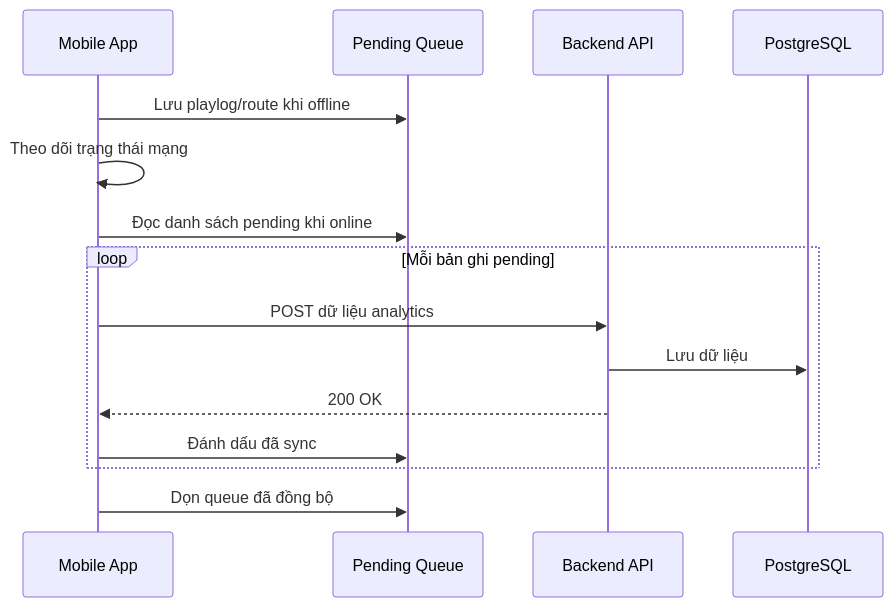
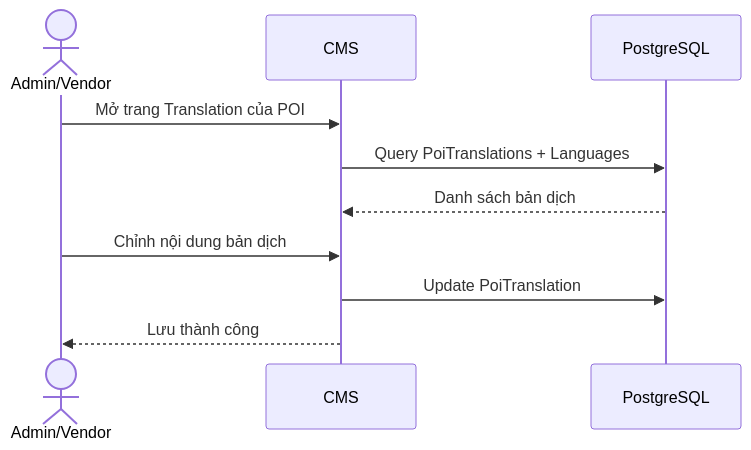
One commit to EricHoang28092k5/SmartTour changed the ninth of 41 diagrams in PRD_SmartTour.md. Above: the diagram before and after it, drawn with Mermaid. The commit also changed other lines of this file, not shown here.

````diff
--- a/PRD_SmartTour.md
+++ b/PRD_SmartTour.md
@@ -645,18 +582,12 @@
 ```mermaid
 sequenceDiagram
-    participant APP as Mobile App
-    participant Q as Pending Queue
-    participant API as Backend API
+    actor U as Admin/Vendor
+    participant CMS as CMS
     participant DB as PostgreSQL
-
-    APP->>Q: Lưu playlog/route khi offline
-    APP->>APP: Theo dõi trạng thái mạng
-    APP->>Q: Đọc danh sách pending khi online
-    loop Mỗi bản ghi pending
-        APP->>API: POST dữ liệu analytics
-        API->>DB: Lưu dữ liệu
-        API-->>APP: 200 OK
-        APP->>Q: Đánh dấu đã sync
-    end
-    APP->>Q: Dọn queue đã đồng bộ
+    U->>CMS: Mở trang Translation của POI
+    CMS->>DB: Query PoiTranslations + Languages
+    DB-->>CMS: Danh sách bản dịch
+    U->>CMS: Chỉnh nội dung bản dịch
+    CMS->>DB: Update PoiTranslation
+    CMS-->>U: Lưu thành công
 ```
````
